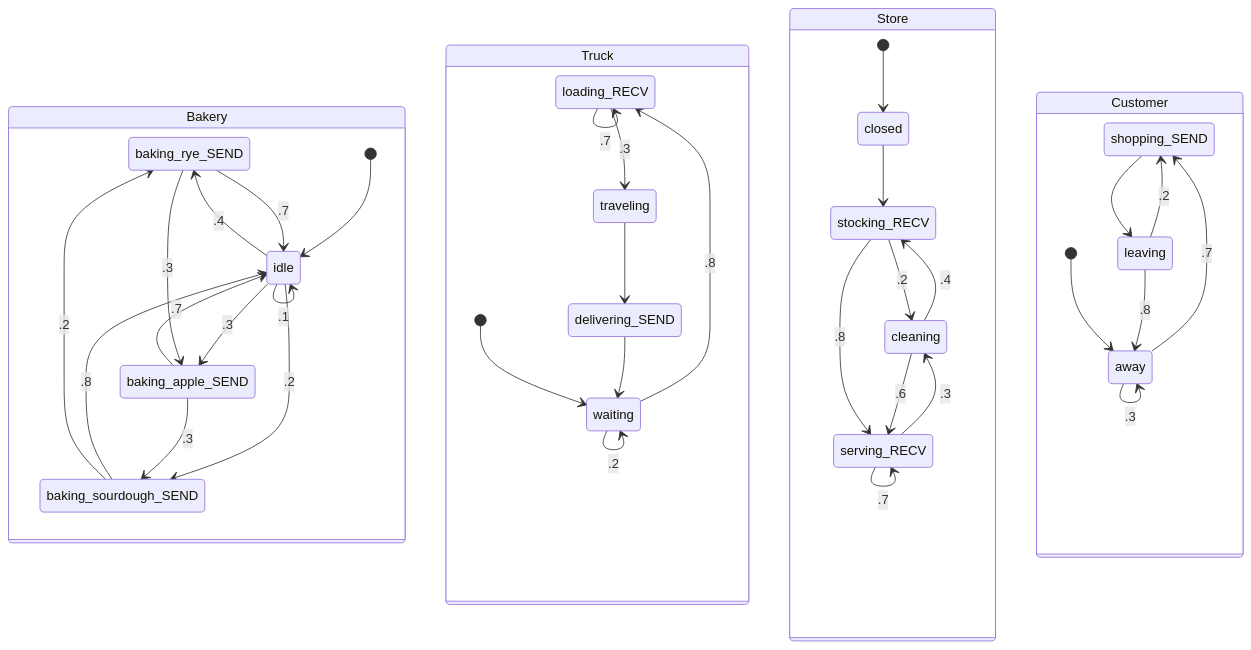
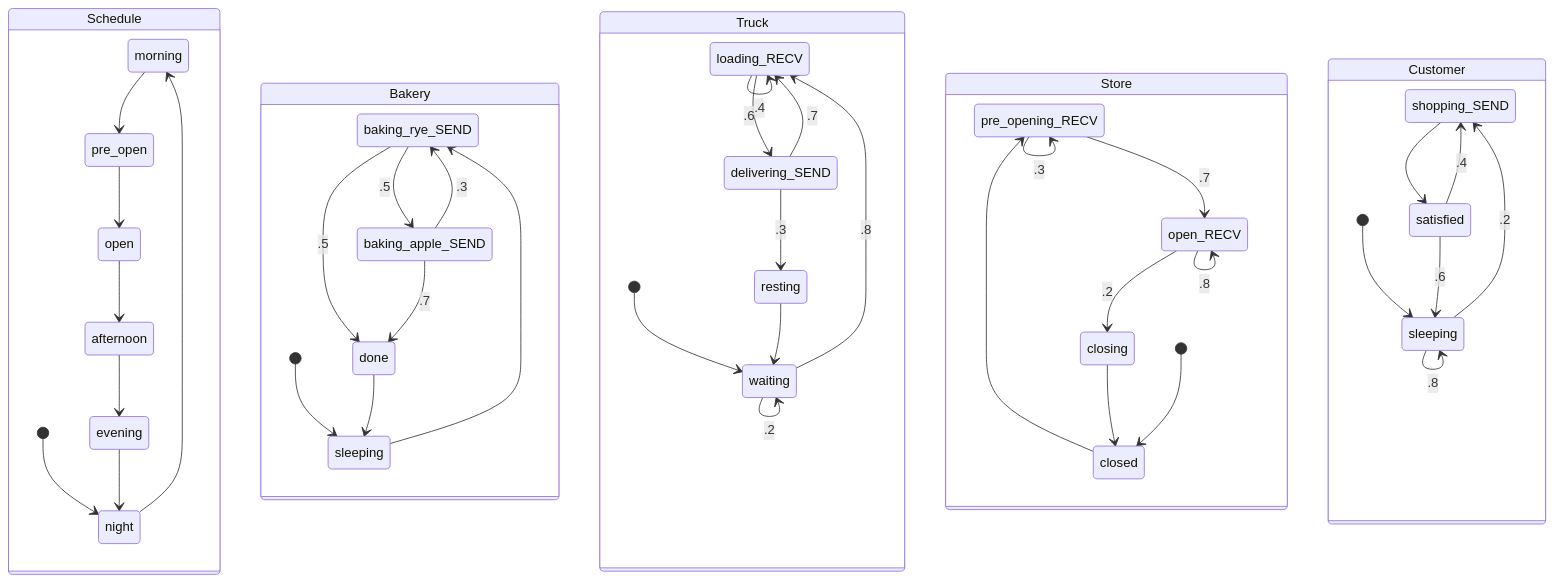
The first of 3 diagrams in z3/run.md (rfielding/ctl), drawn with Mermaid before and after one commit. The commit also changed other lines of this file and 6 other files, not shown here.

````diff
--- a/z3/run.md
+++ b/z3/run.md
@@ -341,62 +376,74 @@
 ```mermaid
 stateDiagram-v2
+    state Schedule {
+        Schedule_morning : morning
+        Schedule_pre_open : pre_open
+        Schedule_open : open
+        Schedule_afternoon : afternoon
+        Schedule_evening : evening
+        Schedule_night : night
+        [*] --> Schedule_night
+        Schedule_night --> Schedule_morning
+        Schedule_morning --> Schedule_pre_open
+        Schedule_pre_open --> Schedule_open
+        Schedule_open --> Schedule_afternoon
+        Schedule_afternoon --> Schedule_evening
+        Schedule_evening --> Schedule_night
+    }
+
     state Bakery {
         Bakery_baking_rye : baking_rye_SEND
         Bakery_baking_apple : baking_apple_SEND
-        Bakery_baking_sourdough : baking_sourdough_SEND
-        Bakery_idle : idle
-        [*] --> Bakery_idle
-        Bakery_idle --> Bakery_baking_rye : .4
-        Bakery_idle --> Bakery_baking_apple : .3
-        Bakery_idle --> Bakery_baking_sourdough : .2
-        Bakery_idle --> Bakery_idle : .1
-        Bakery_baking_rye --> Bakery_idle : .7
-        Bakery_baking_rye --> Bakery_baking_apple : .3
-        Bakery_baking_apple --> Bakery_idle : .7
-        Bakery_baking_apple --> Bakery_baking_sourdough : .3
-        Bakery_baking_sourdough --> Bakery_idle : .8
-        Bakery_baking_sourdough --> Bakery_baking_rye : .2
+        Bakery_done : done
+        Bakery_sleeping : sleeping
+        [*] --> Bakery_sleeping
+        Bakery_sleeping --> Bakery_baking_rye
+        Bakery_baking_rye --> Bakery_baking_apple : .5
+        Bakery_baking_rye --> Bakery_done : .5
+        Bakery_baking_apple --> Bakery_baking_rye : .3
+        Bakery_baking_apple --> Bakery_done : .7
+        Bakery_done --> Bakery_sleeping
     }
 
     state Truck {
         Truck_loading : loading_RECV
-        Truck_traveling : traveling
         Truck_delivering : delivering_SEND
+        Truck_resting : resting
         Truck_waiting : waiting
         [*] --> Truck_waiting
         Truck_waiting --> Truck_loading : .8
         Truck_waiting --> Truck_waiting : .2
-        Truck_loading --> Truck_traveling : .3
-        Truck_loading --> Truck_loading : .7
-        Truck_traveling --> Truck_delivering
-        Truck_delivering --> Truck_waiting
+        Truck_loading --> Truck_delivering : .6
+        Truck_loading --> Truck_loading : .4
+        Truck_delivering --> Truck_loading : .7
+        Truck_delivering --> Truck_resting : .3
+        Truck_resting --> Truck_waiting
     }
 
     state Store {
-        Store_stocking : stocking_RECV
-        Store_serving : serving_RECV
-        Store_cleaning : cleaning
+        Store_pre_opening : pre_opening_RECV
+        Store_open : open_RECV
+        Store_closing : closing
         Store_closed : closed
         [*] --> Store_closed
-        Store_closed --> Store_stocking
-        Store_stocking --> Store_cleaning : .2
-        Store_stocking --> Store_serving : .8
-        Store_serving --> Store_cleaning : .3
-        Store_serving --> Store_serving : .7
-        Store_cleaning --> Store_serving : .6
-        Store_cleaning --> Store_stocking : .4
+        Store_closed --> Store_pre_opening
+        Store_pre_opening --> Store_pre_opening : .3
+        Store_pre_opening --> Store_open : .7
+        Store_open --> Store_open : .8
+        Store_open --> Store_closing : .2
+        Store_closing --> Store_closed
     }
 
     state Customer {
         Customer_shopping : shopping_SEND
-        Customer_leaving : leaving
-        Customer_away : away
-        [*] --> Customer_away
-        Customer_away --> Customer_away : .3
-        Customer_away --> Customer_shopping : .7
-        Customer_shopping --> Customer_leaving
-        Customer_leaving --> Customer_away : .8
-        Customer_leaving --> Customer_shopping : .2
+        Customer_satisfied : satisfied
+        Customer_sleeping : sleeping
+        [*] --> Customer_sleeping
+        Customer_sleeping --> Customer_sleeping : .8
+        Customer_sleeping --> Customer_shopping : .2
+        Customer_shopping --> Customer_satisfied
+        Customer_satisfied --> Customer_sleeping : .6
+        Customer_satisfied --> Customer_shopping : .4
     }
 
 ```
````
